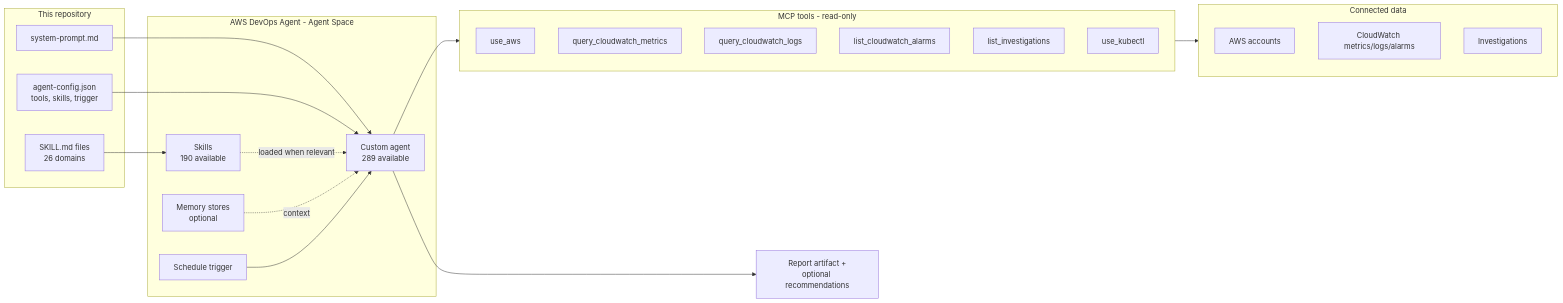
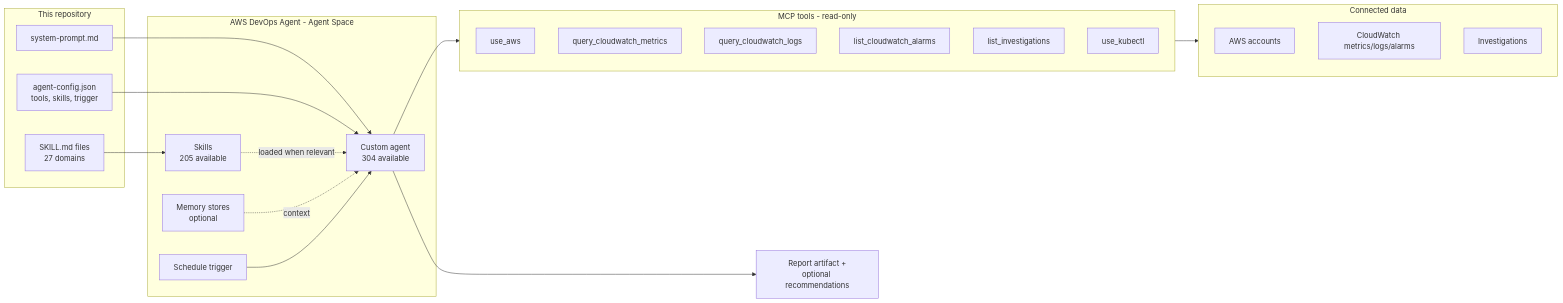
One commit to Misterb91123/aws-sample-ai-agents changed the first of 4 diagrams in README.md. Above: the diagram before and after it, drawn with Mermaid. The commit also changed other lines of this file and 48 other files, not shown here.

````diff
--- a/README.md
+++ b/README.md
@@ -28,42 +28,42 @@
 ```mermaid
 flowchart LR
     subgraph Repo["This repository"]
         SP[system-prompt.md]
         CFG[agent-config.json<br/>tools, skills, trigger]
-        SK[SKILL.md files<br/>26 domains]
+        SK[SKILL.md files<br/>27 domains]
     end
 
     subgraph Space["AWS DevOps Agent - Agent Space"]
-        AG[Custom agent<br/>289 available]
-        SKA[Skills<br/>190 available]
+        AG[Custom agent<br/>304 available]
+        SKA[Skills<br/>205 available]
         MEM[Memory stores<br/>optional]
         TRG[Schedule trigger]
     end
 
     subgraph Tools["MCP tools - read-only"]
         T1[use_aws]
         T2[query_cloudwatch_metrics]
         T3[query_cloudwatch_logs]
         T4[list_cloudwatch_alarms]
         T5[list_investigations]
         T6[use_kubectl]
     end
 
     subgraph Sources["Connected data"]
         AWS[AWS accounts]
         CW[CloudWatch metrics/logs/alarms]
         INV[Investigations]
     end
 
     OUT[Report artifact +<br/>optional recommendations]
 
     SP --> AG
     CFG --> AG
     SK --> SKA
     SKA -.loaded when relevant.-> AG
     MEM -.context.-> AG
     TRG --> AG
     AG --> Tools
     Tools --> Sources
     AG --> OUT
 ```
````
